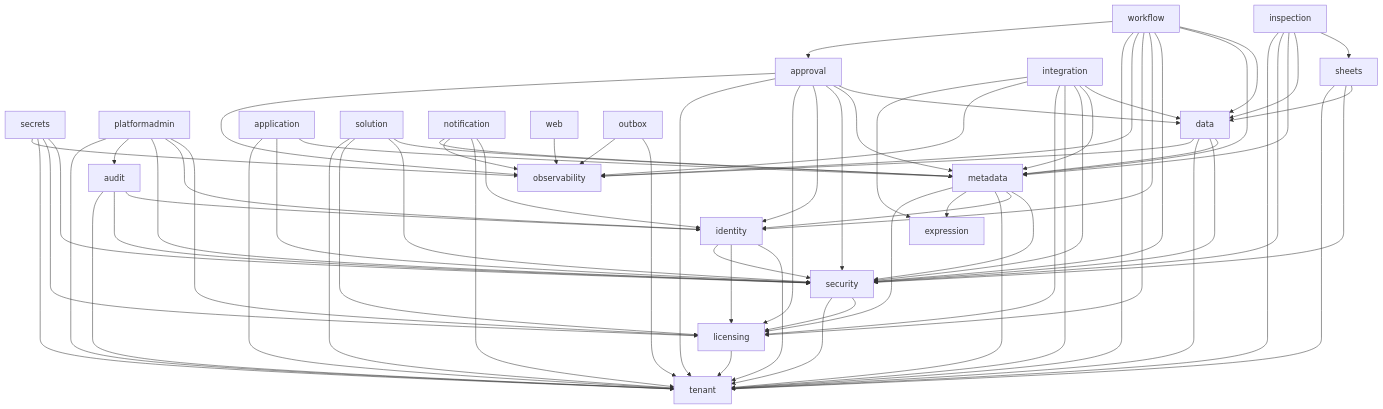
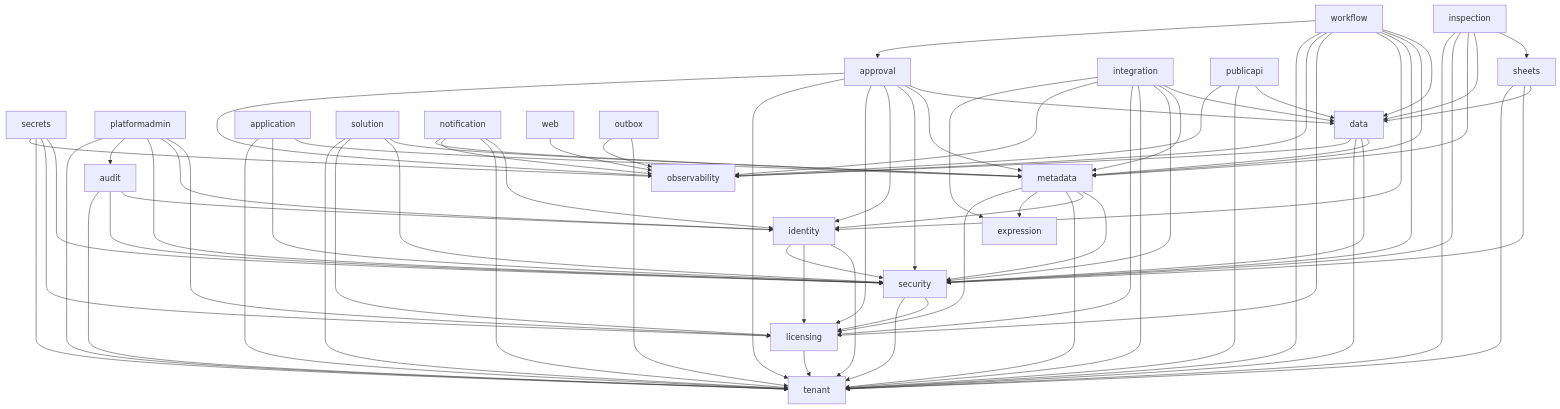
One commit to JKCloudbridge/SaaSJAVA changed the diagram in docs/modules.md. Above: the diagram before and after it, drawn with Mermaid. The commit also changed other lines of this file and 104 other files, not shown here.

````diff
--- a/docs/modules.md
+++ b/docs/modules.md
@@ -36,21 +37,22 @@
 ```mermaid
 graph TD
   secrets --> security & licensing & tenant & observability
   platformadmin --> licensing & identity & security & audit & tenant
   audit --> identity & security & tenant
   workflow --> data & metadata & security & identity & licensing & observability & tenant & approval
   approval --> data & metadata & security & identity & licensing & tenant & observability
   integration --> data & metadata & security & tenant & licensing & observability & expression
+  publicapi --> data & tenant & observability
   data --> metadata & security & tenant & observability
   sheets --> data & security & tenant
   inspection --> sheets & data & metadata & security & tenant
   application --> metadata & security & tenant
   solution --> metadata & security & licensing & tenant
   metadata --> security & identity & tenant & expression & licensing
   security --> licensing & tenant
   licensing --> tenant
   notification --> identity & tenant & observability & metadata
   identity --> tenant & licensing & security
   web --> observability
   outbox --> tenant & observability
 ```
````
